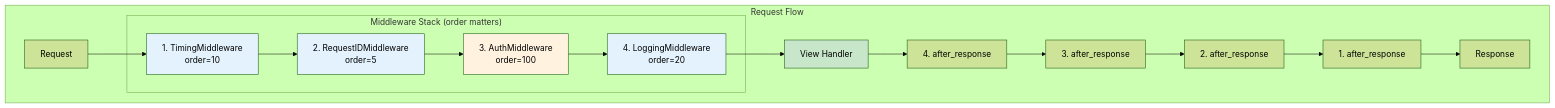
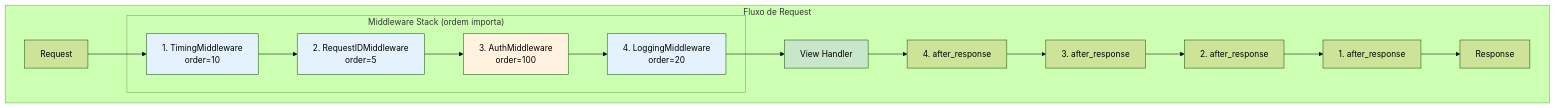
The first of 2 diagrams in docs/20-middleware.md (SorPuti/core-framework), drawn with Mermaid (forest theme) before and after one commit. The commit also changed other lines of this file and 22 other files, not shown here.

````diff
--- a/docs/20-middleware.md
+++ b/docs/20-middleware.md
@@ -7,27 +7,27 @@
 ```mermaid
 flowchart TB
-    subgraph "Request Flow"
+    subgraph "Fluxo de Request"
         REQ[Request] --> M1
         
-        subgraph Stack["Middleware Stack (order matters)"]
+        subgraph Stack["Middleware Stack (ordem importa)"]
             M1[1. TimingMiddleware<br/>order=10]
             M2[2. RequestIDMiddleware<br/>order=5]
             M3[3. AuthMiddleware<br/>order=100]
             M4[4. LoggingMiddleware<br/>order=20]
         end
         
         M1 --> M2 --> M3 --> M4
         M4 --> VIEW[View Handler]
         VIEW --> M4R[4. after_response]
         M4R --> M3R[3. after_response]
         M3R --> M2R[2. after_response]
         M2R --> M1R[1. after_response]
         M1R --> RESP[Response]
     end
     
     style M1 fill:#e3f2fd
     style M2 fill:#e3f2fd
     style M3 fill:#fff3e0
     style M4 fill:#e3f2fd
     style VIEW fill:#c8e6c9
 ```
````
